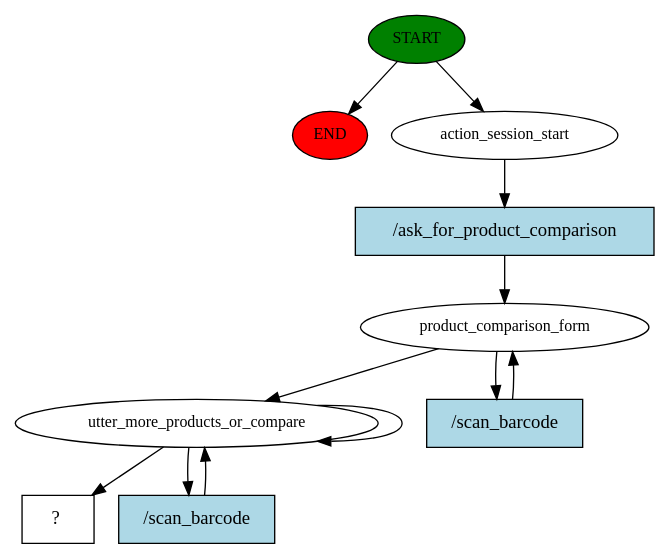
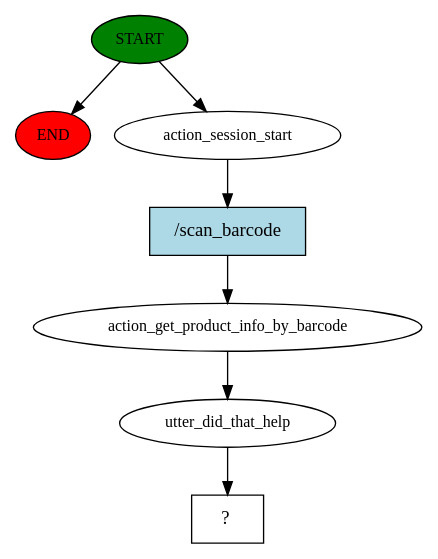
Before and after one commit to ronskoro/KISuscheck: the diagram in Rasa/story_graph.dot, drawn with Graphviz. The commit also changed 16 other files, not shown here.

```diff
--- a/Rasa/story_graph.dot
+++ b/Rasa/story_graph.dot
@@ -1,22 +1,15 @@
 digraph  {
 0 [class="start active", fillcolor=green, fontsize=12, label=START, style=filled];
 "-1" [class=end, fillcolor=red, fontsize=12, label=END, style=filled];
 1 [class=active, fontsize=12, label=action_session_start];
-2 [class=active, fontsize=12, label=product_comparison_form];
-5 [class=active, fontsize=12, label=utter_more_products_or_compare];
-9 [class="intent dashed active", label="  ?  ", shape=rect];
-10 [class="intent active", fillcolor=lightblue, label="/ask_for_product_comparison", shape=rect, style=filled];
-11 [class="intent active", fillcolor=lightblue, label="/scan_barcode", shape=rect, style=filled];
-12 [class="intent active", fillcolor=lightblue, label="/scan_barcode", shape=rect, style=filled];
+2 [class=active, fontsize=12, label=action_get_product_info_by_barcode];
+3 [class=active, fontsize=12, label=utter_did_that_help];
+4 [class="intent dashed active", label="  ?  ", shape=rect];
+5 [class="intent active", fillcolor=lightblue, label="/scan_barcode", shape=rect, style=filled];
 0 -> "-1"  [class="", key=NONE, label=""];
 0 -> 1  [class=active, key=NONE, label=""];
-1 -> 10  [class=active, key=0];
-2 -> 5  [class=active, key=NONE, label=""];
-2 -> 11  [class=active, key=0];
-5 -> 5  [class=active, key=NONE, label=""];
-5 -> 9  [class=active, key=NONE, label=""];
-5 -> 12  [class=active, key=0];
-10 -> 2  [class=active, key=0];
-11 -> 2  [class=active, key=0];
-12 -> 5  [class=active, key=0];
+1 -> 5  [class=active, key=0];
+2 -> 3  [class=active, key=NONE, label=""];
+3 -> 4  [class=active, key=NONE, label=""];
+5 -> 2  [class=active, key=0];
 }
```
